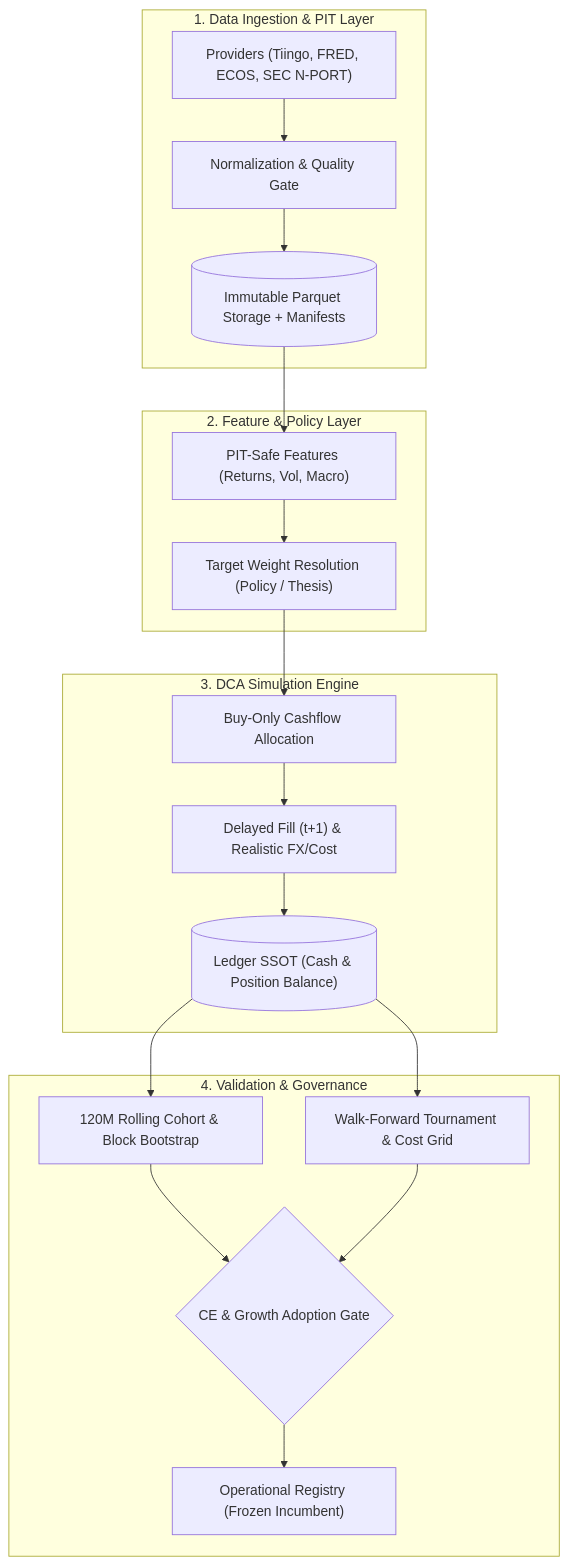
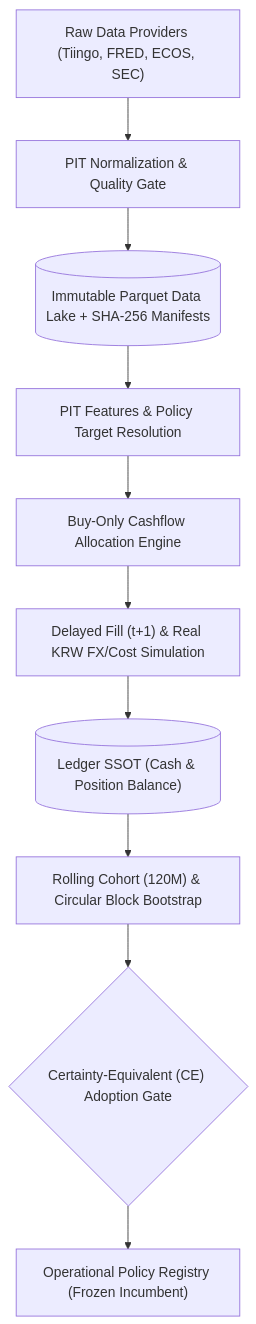
One commit to KTHYEONG/ETF-Manager changed the diagram in README.md. Above: the diagram before and after it, drawn with Mermaid. The commit also changed other lines of this file, not shown here.

````diff
--- a/README.md
+++ b/README.md
@@ -24,25 +24,12 @@
 ```mermaid
 flowchart TD
-    subgraph Data["1. Data Ingestion & PIT Layer"]
-        P["Providers (Tiingo, FRED, ECOS, SEC N-PORT)"] --> N["Normalization & Quality Gate"]
-        N --> S[("Immutable Parquet Storage + Manifests")]
-    end
-
-    subgraph Feature_Policy["2. Feature & Policy Layer"]
-        S --> F["PIT-Safe Features (Returns, Vol, Macro)"]
-        F --> T["Target Weight Resolution (Policy / Thesis)"]
-    end
-
-    subgraph Sim["3. DCA Simulation Engine"]
-        T --> A["Buy-Only Cashflow Allocation"]
-        A --> E["Delayed Fill (t+1) & Realistic FX/Cost"]
-        E --> L[("Ledger SSOT (Cash & Position Balance)")]
-    end
-
-    subgraph Validation["4. Validation & Governance"]
-        L --> V1["120M Rolling Cohort & Block Bootstrap"]
-        L --> V2["Walk-Forward Tournament & Cost Grid"]
-        V1 & V2 --> G{"CE & Growth Adoption Gate"}
-        G --> R["Operational Registry (Frozen Incumbent)"]
-    end
+    A["Raw Data Providers (Tiingo, FRED, ECOS, SEC)"] --> B["PIT Normalization & Quality Gate"]
+    B --> C[("Immutable Parquet Data Lake + SHA-256 Manifests")]
+    C --> D["PIT Features & Policy Target Resolution"]
+    D --> E["Buy-Only Cashflow Allocation Engine"]
+    E --> F["Delayed Fill (t+1) & Real KRW FX/Cost Simulation"]
+    F --> G[("Ledger SSOT (Cash & Position Balance)")]
+    G --> H["Rolling Cohort (120M) & Circular Block Bootstrap"]
+    H --> I{"Certainty-Equivalent (CE) Adoption Gate"}
+    I --> J["Operational Policy Registry (Frozen Incumbent)"]
 ```
````
